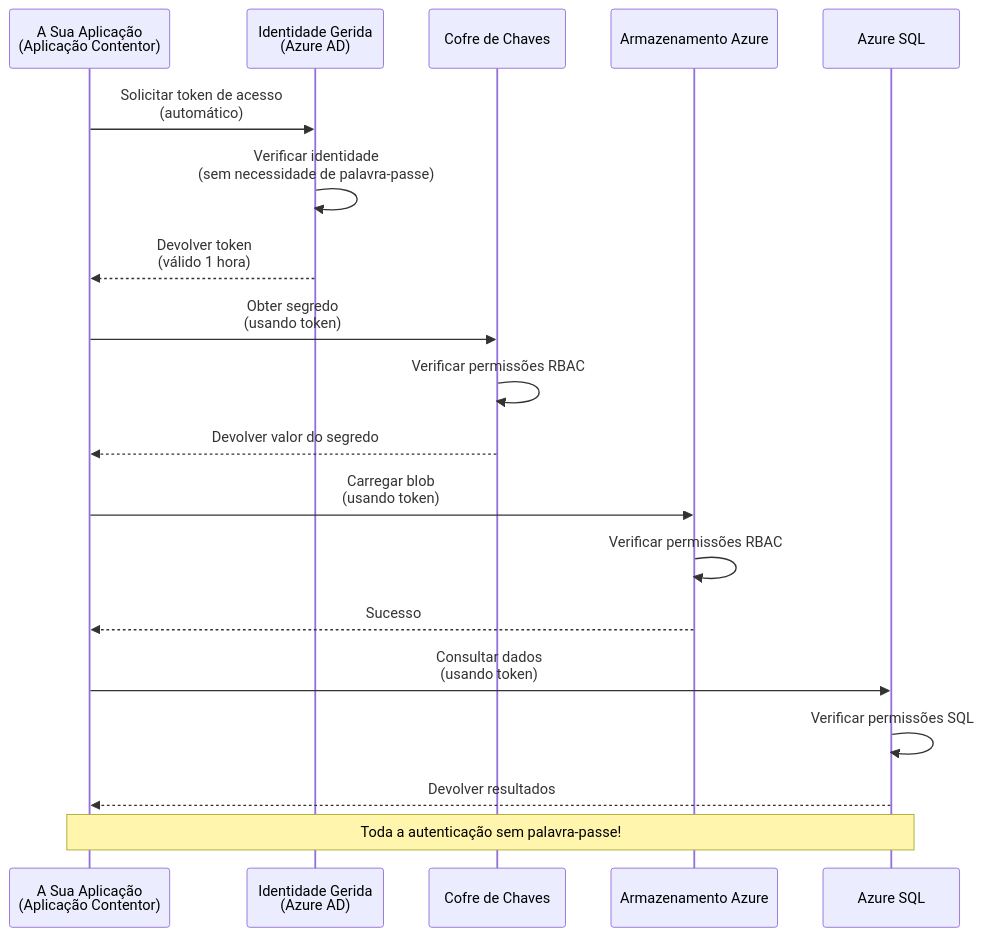
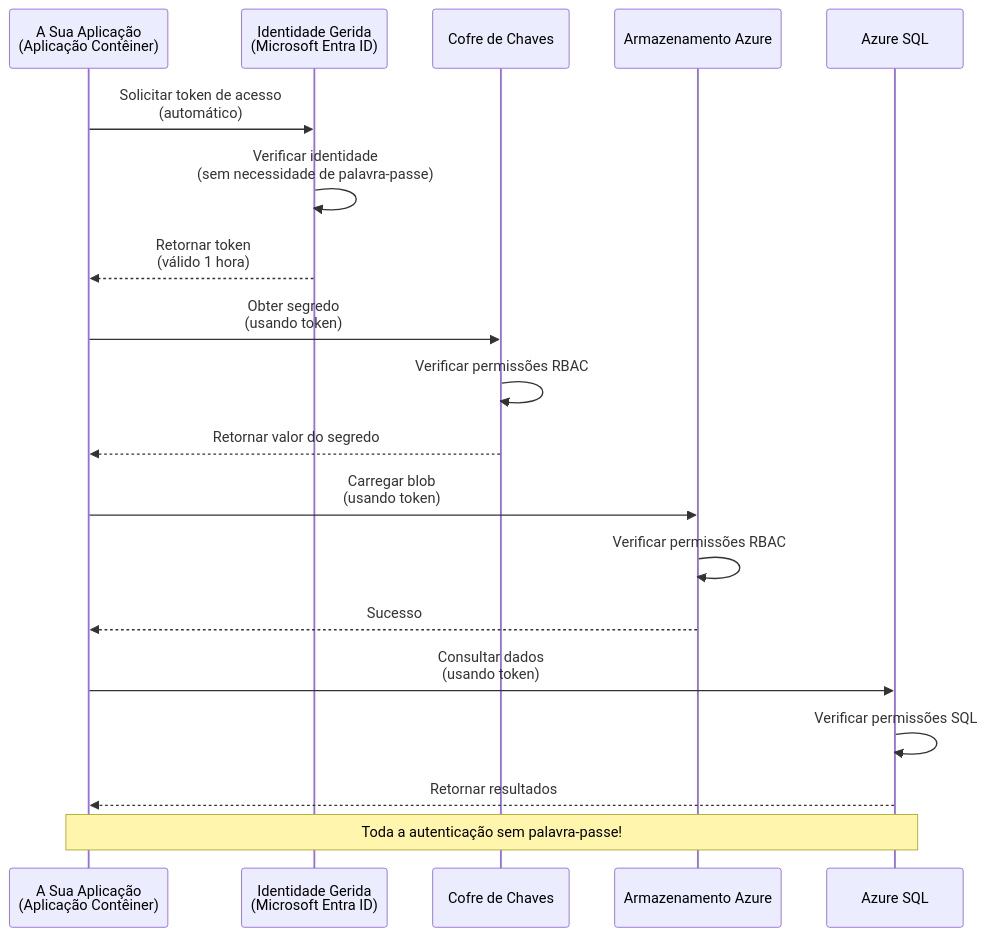
The first of 2 diagrams in translations/pt-PT/docs/chapter-03-configuration/authsecurity.md (microsoft/AZD-for-beginners), drawn with Mermaid before and after one commit. The commit also changed other lines of this file and 104 other files, not shown here.

````diff
--- a/translations/pt-PT/docs/chapter-03-configuration/authsecurity.md
+++ b/translations/pt-PT/docs/chapter-03-configuration/authsecurity.md
@@ -69,26 +69,26 @@
 ```mermaid
 sequenceDiagram
-    participant App as A Sua Aplicação<br/>(Aplicação Contentor)
-    participant MI as Identidade Gerida<br/>(Azure AD)
+    participant App as A Sua Aplicação<br/>(Aplicação Contêiner)
+    participant MI as Identidade Gerida<br/>(Microsoft Entra ID)
     participant KV as Cofre de Chaves
     participant Storage as Armazenamento Azure
     participant DB as Azure SQL
     
     App->>MI: Solicitar token de acesso<br/>(automático)
     MI->>MI: Verificar identidade<br/>(sem necessidade de palavra-passe)
-    MI-->>App: Devolver token<br/>(válido 1 hora)
+    MI-->>App: Retornar token<br/>(válido 1 hora)
     
     App->>KV: Obter segredo<br/>(usando token)
     KV->>KV: Verificar permissões RBAC
-    KV-->>App: Devolver valor do segredo
+    KV-->>App: Retornar valor do segredo
     
     App->>Storage: Carregar blob<br/>(usando token)
     Storage->>Storage: Verificar permissões RBAC
     Storage-->>App: Sucesso
     
     App->>DB: Consultar dados<br/>(usando token)
     DB->>DB: Verificar permissões SQL
-    DB-->>App: Devolver resultados
+    DB-->>App: Retornar resultados
     
     Note over App,DB: Toda a autenticação sem palavra-passe!
 ```
````
